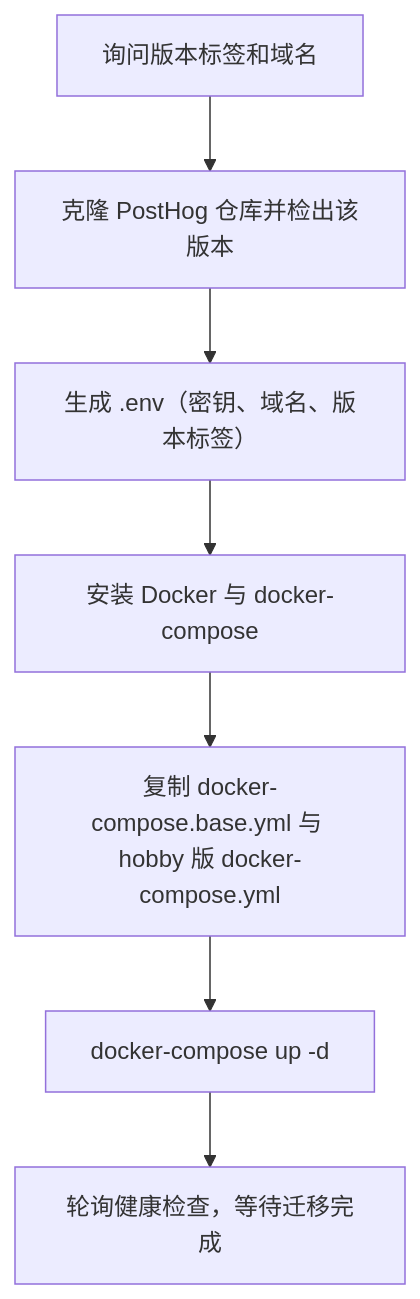
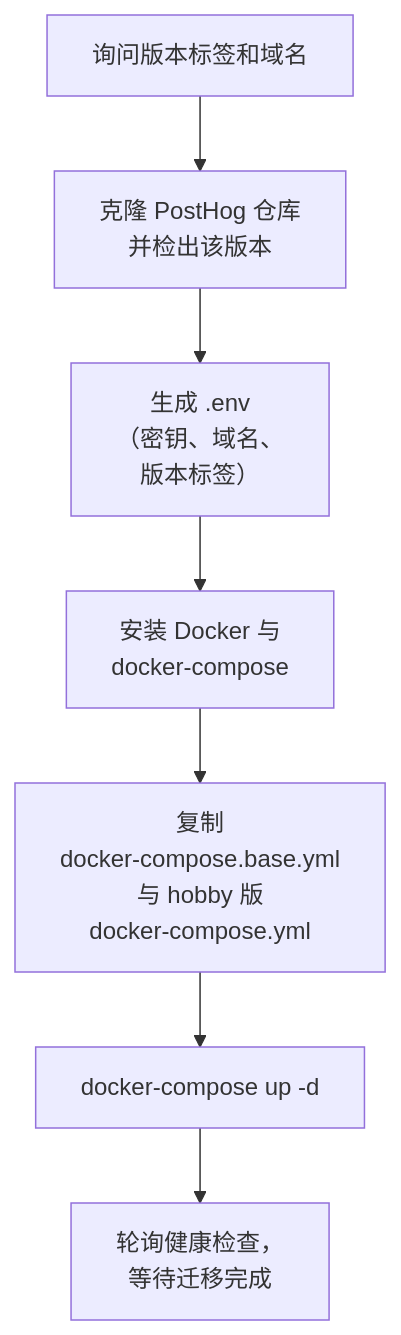
Before and after one commit to jarvis-pro/hatch-shelf: the second of 2 diagrams in books/product-analytics/07-self-hosting.md, drawn with Mermaid. The commit also changed other lines of this file and 432 other files, not shown here.

````diff
--- a/books/product-analytics/07-self-hosting.md
+++ b/books/product-analytics/07-self-hosting.md
@@ -242,9 +244,9 @@
 ```mermaid
 flowchart TD
-    A["询问版本标签和域名"] --> B["克隆 PostHog 仓库并检出该版本"]
-    B --> C["生成 .env（密钥、域名、版本标签）"]
-    C --> D["安装 Docker 与 docker-compose"]
-    D --> E["复制 docker-compose.base.yml 与 hobby 版 docker-compose.yml"]
+    A["询问版本标签和域名"] --> B["克隆 PostHog 仓库<br/>并检出该版本"]
+    B --> C["生成 .env<br/>（密钥、域名、<br/>版本标签）"]
+    C --> D["安装 Docker 与<br/>docker-compose"]
+    D --> E["复制<br/>docker-compose.base.yml<br/>与 hobby 版<br/>docker-compose.yml"]
     E --> F["docker-compose up -d"]
-    F --> G["轮询健康检查，等待迁移完成"]
+    F --> G["轮询健康检查，<br/>等待迁移完成"]
 ```
````
